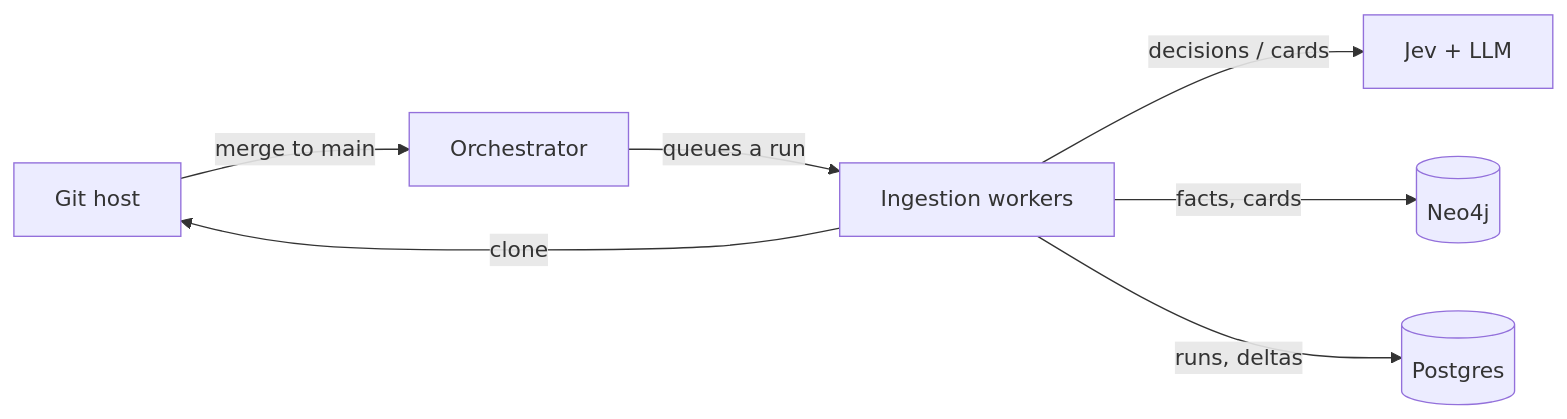
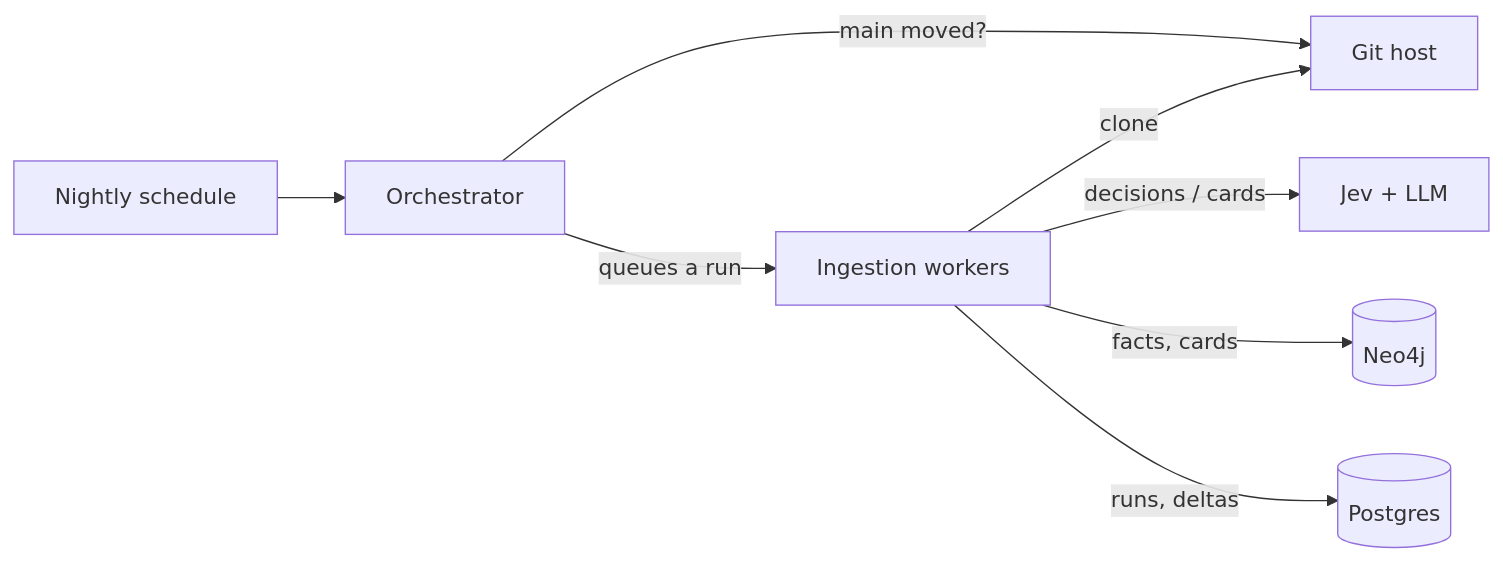
The third of 8 diagrams in docs/DESIGN_DOC.md (KBavis/steno), drawn with Mermaid before and after one commit. The commit also changed other lines of this file and 35 other files, not shown here.

Commit message:
feat: store flow traces instead of Function nodes; nightly ingestion

````diff
--- a/docs/DESIGN_DOC.md
+++ b/docs/DESIGN_DOC.md
@@ -119,9 +119,10 @@
 ```mermaid
 flowchart LR
-    GIT[Git host] -- "merge to main" --> ORC[Orchestrator]
+    SCH[Nightly schedule] --> ORC[Orchestrator]
+    ORC -- "main moved?" --> GIT[Git host]
     ORC -- "queues a run" --> WK[Ingestion workers]
     WK -- clone --> GIT
     WK -- "decisions / cards" --> AI[Jev + LLM]
     WK -- "facts, cards" --> NEO[(Neo4j)]
     WK -- "runs, deltas" --> PG[(Postgres)]
 ```
````
